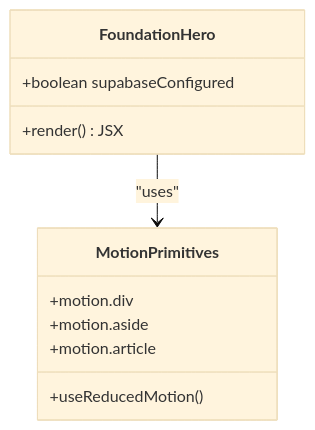
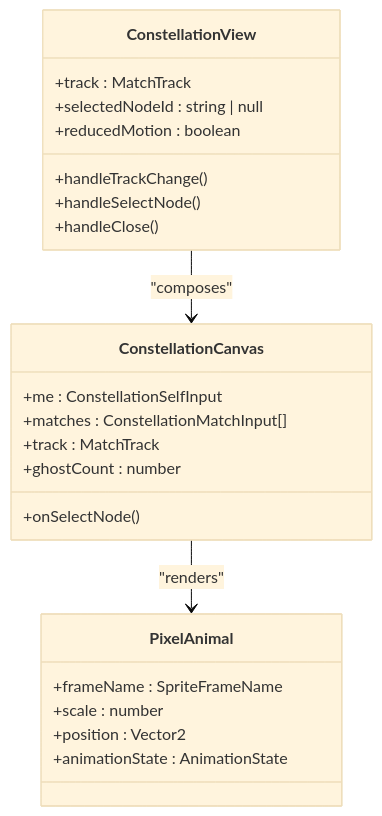
The fifth of 8 diagrams in .qoder/repowiki/en/content/Architecture Overview/Architecture Overview.md (AmeliaDi/ProyectoENESZooMatch), drawn with Mermaid (base theme) before and after one commit. The commit also changed other lines of this file and 50 other files, not shown here.

````diff
--- a/.qoder/repowiki/en/content/Architecture Overview/Architecture Overview.md
+++ b/.qoder/repowiki/en/content/Architecture Overview/Architecture Overview.md
@@ -201,14 +319,26 @@
 ```mermaid
 classDiagram
-class FoundationHero {
-+boolean supabaseConfigured
-+render() JSX
+class ConstellationView {
++track : MatchTrack
++selectedNodeId : string | null
++reducedMotion : boolean
++handleTrackChange()
++handleSelectNode()
++handleClose()
 }
-class MotionPrimitives {
-+useReducedMotion()
-+motion.div
-+motion.aside
-+motion.article
+class ConstellationCanvas {
++me : ConstellationSelfInput
++matches : ConstellationMatchInput[]
++track : MatchTrack
++ghostCount : number
++onSelectNode()
 }
-FoundationHero --> MotionPrimitives : "uses"
+class PixelAnimal {
++frameName : SpriteFrameName
++scale : number
++position : Vector2
++animationState : AnimationState
+}
+ConstellationView --> ConstellationCanvas : "composes"
+ConstellationCanvas --> PixelAnimal : "renders"
 ```
````
